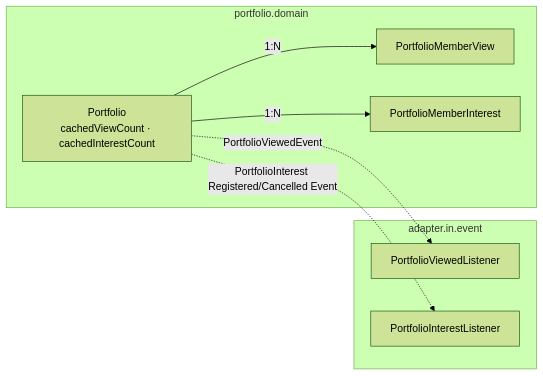
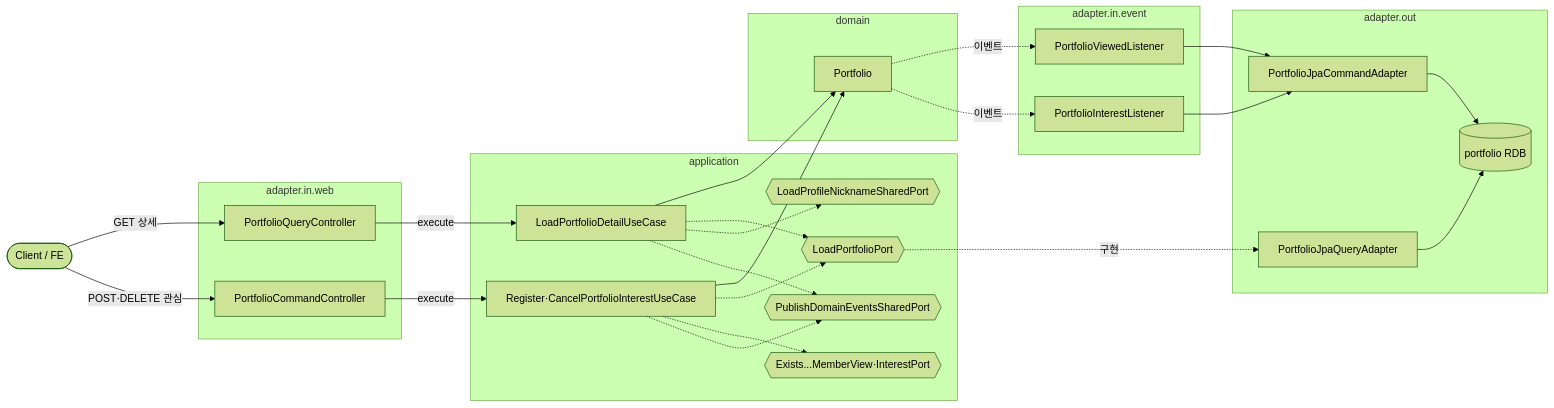
The third of 3 diagrams in docs/diagram/portfolio/view-and-interest-flow.md (hirecore/hirecore-member-server), drawn with Mermaid (forest theme) before and after one commit. The commit also changed other lines of this file, not shown here.

Commit message:
docs: 포트폴리오 조회·관심 문서에서 도메인 모델 분리하고 헥사고날 구조 섹션 추가

````diff
--- a/docs/diagram/portfolio/view-and-interest-flow.md
+++ b/docs/diagram/portfolio/view-and-interest-flow.md
@@ -101,16 +102,49 @@
 ```mermaid
 flowchart LR
-    subgraph domain[portfolio.domain]
-        PF[Portfolio<br/>cachedViewCount · cachedInterestCount]
-        V[PortfolioMemberView]
-        I[PortfolioMemberInterest]
-        PF -->|1:N| V
-        PF -->|1:N| I
+    Client([Client / FE])
+
+    subgraph web[adapter.in.web]
+        QCtrl[PortfolioQueryController]
+        CCtrl[PortfolioCommandController]
+    end
+    subgraph app[application]
+        DUC[LoadPortfolioDetailUseCase]
+        IUC[Register·CancelPortfolioInterestUseCase]
+        LoadP{{LoadPortfolioPort}}
+        ExistsP{{Exists...MemberView·InterestPort}}
+        Nick{{LoadProfileNicknameSharedPort}}
+        Pub{{PublishDomainEventsSharedPort}}
+    end
+    subgraph domain[domain]
+        PF[Portfolio]
+    end
+    subgraph out[adapter.out]
+        PQ[PortfolioJpaQueryAdapter]
+        PC[PortfolioJpaCommandAdapter]
+        DB[(portfolio RDB)]
     end
     subgraph ev[adapter.in.event]
         VL[PortfolioViewedListener]
         IL[PortfolioInterestListener]
     end
-    PF -. PortfolioViewedEvent .-> VL
-    PF -. PortfolioInterest Registered/Cancelled Event .-> IL
+
+    Client -->|GET 상세| QCtrl
+    Client -->|POST·DELETE 관심| CCtrl
+    QCtrl -->|execute| DUC
+    CCtrl -->|execute| IUC
+    DUC --> PF
+    IUC --> PF
+    DUC -.-> LoadP
+    DUC -.-> Nick
+    DUC -.-> Pub
+    IUC -.-> LoadP
+    IUC -.-> ExistsP
+    IUC -.-> Pub
+    LoadP -.->|구현| PQ
+    PQ --> DB
+    PF -. 이벤트 .-> VL
+    PF -. 이벤트 .-> IL
+    VL --> PC
+    IL --> PC
+    PC --> DB
 ```
````
